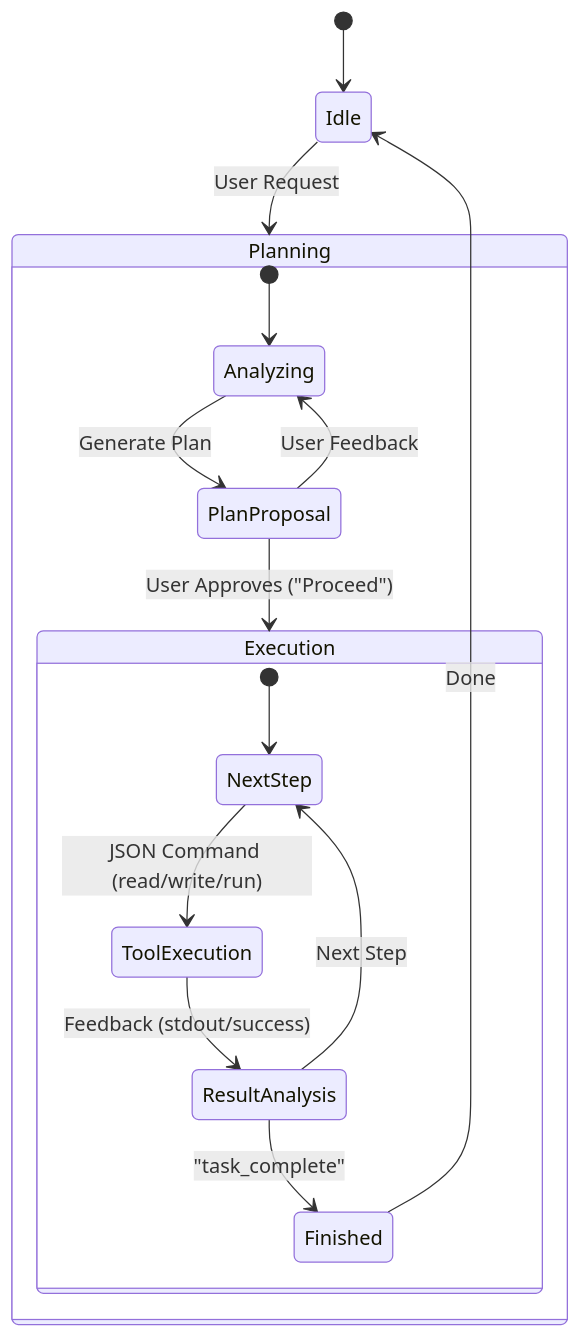
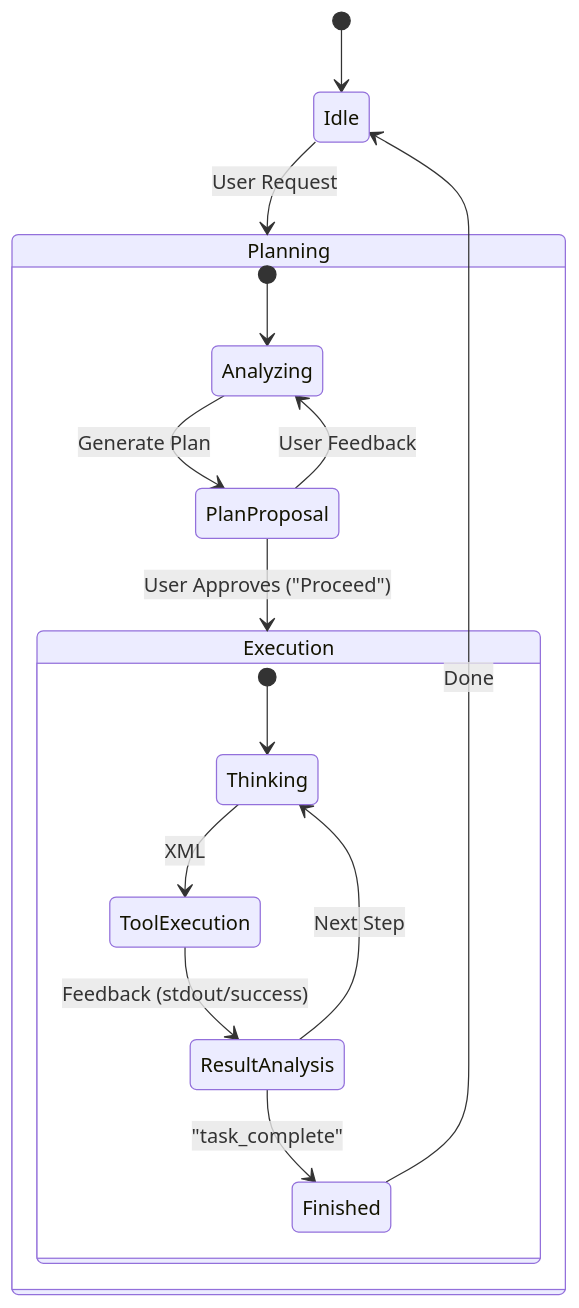
The first of 2 diagrams in README.md (xangcastle/ronin), drawn with Mermaid before and after one commit. The commit also changed other lines of this file and 11 other files, not shown here.

Commit message:
Refactor services to use RoninConfigService for context retrieval, enhance EditService with line-based editing capabilities, and implement XML-based command execution in ResponseParser.

````diff
--- a/README.md
+++ b/README.md
@@ -80,23 +82,23 @@
 ```mermaid
 stateDiagram-v2
     [*] --> Idle
     
     Idle --> Planning : User Request
     
     state Planning {
         [*] --> Analyzing
         Analyzing --> PlanProposal : Generate Plan
         PlanProposal --> Analyzing : User Feedback
         PlanProposal --> Execution : User Approves ("Proceed")
     }
     
     state Execution {
-        [*] --> NextStep
-        NextStep --> ToolExecution : JSON Command (read/write/run)
+        [*] --> Thinking
+        Thinking --> ToolExecution : XML <execute>
         ToolExecution --> ResultAnalysis : Feedback (stdout/success)
-        ResultAnalysis --> NextStep : Next Step
+        ResultAnalysis --> Thinking : Next Step
         ResultAnalysis --> Finished : "task_complete"
     }
     
     Finished --> Idle : Done
 ```
````
